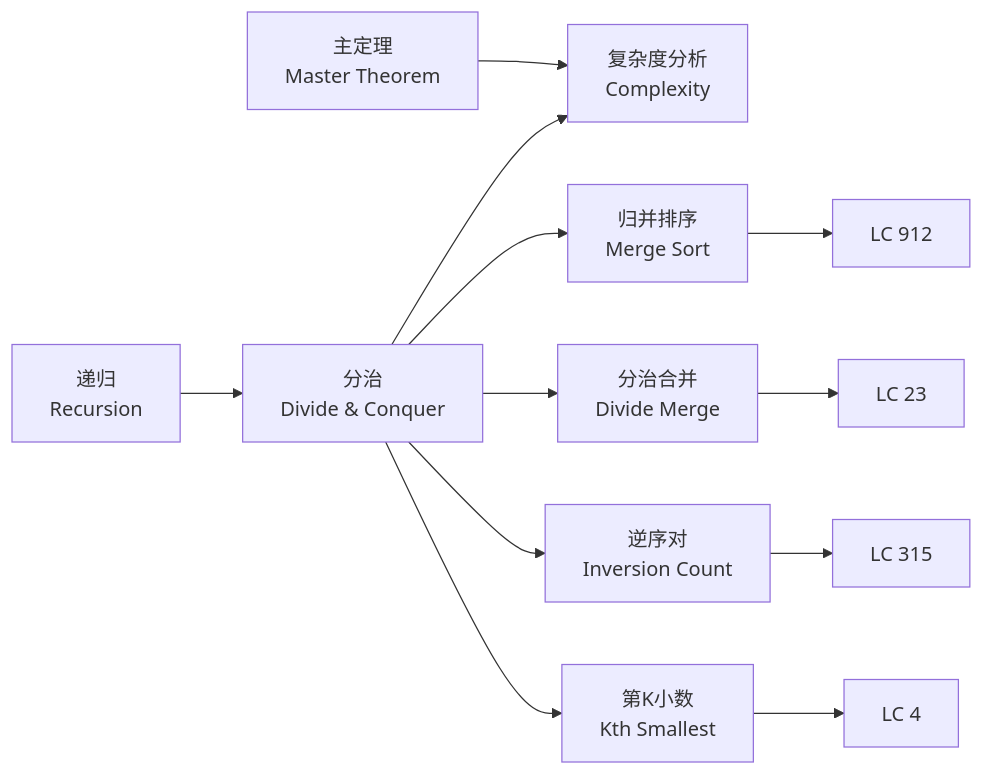
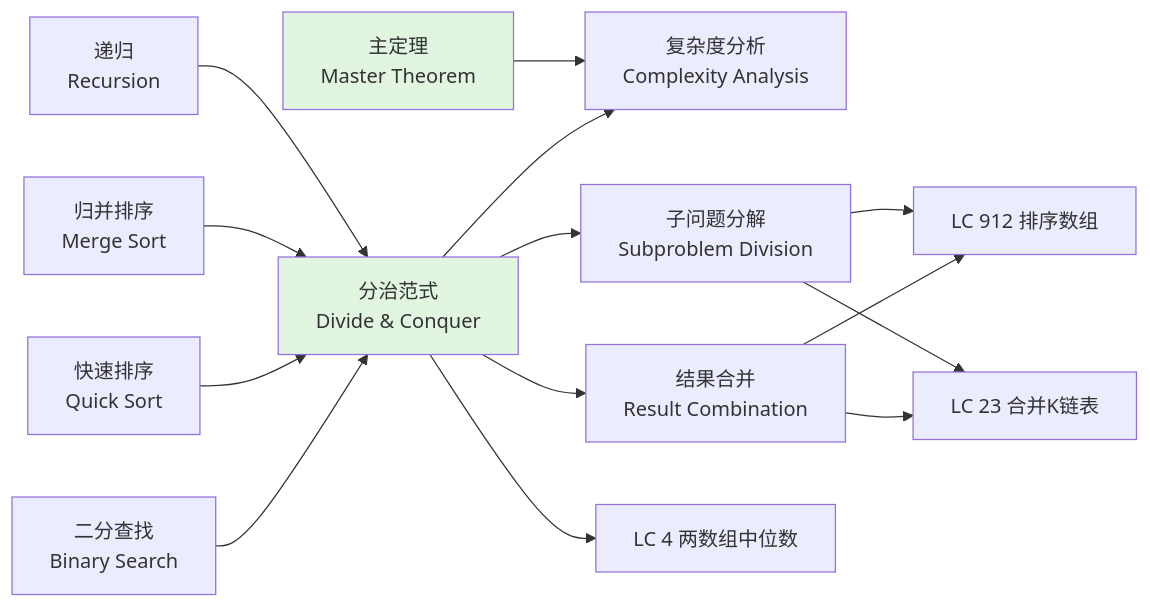
One commit to AdaMartin18010/FormalAlgorithm changed the third of 6 diagrams in docs/13-LeetCode算法面试专题/02-算法范式专题/06-分治.md. Above: the diagram before and after it, drawn with Mermaid. The commit also changed other lines of this file and 132 other files, not shown here.

````diff
--- a/docs/13-LeetCode算法面试专题/02-算法范式专题/06-分治.md
+++ b/docs/13-LeetCode算法面试专题/02-算法范式专题/06-分治.md
@@ -456,14 +557,19 @@
 ```mermaid
 flowchart LR
-    A[递归<br/>Recursion] --> B[分治<br/>Divide & Conquer]
-    C[主定理<br/>Master Theorem] --> D[复杂度分析<br/>Complexity]
+    A[递归<br/>Recursion] --> B[分治范式<br/>Divide & Conquer]
+    C[主定理<br/>Master Theorem] --> D[复杂度分析<br/>Complexity Analysis]
     B --> D
-    B --> E[归并排序<br/>Merge Sort]
-    B --> F[分治合并<br/>Divide Merge]
-    B --> G[逆序对<br/>Inversion Count]
-    B --> H[第K小数<br/>Kth Smallest]
-    E --> I[LC 912]
-    F --> J[LC 23]
-    G --> K[LC 315]
-    H --> L[LC 4]
+    E[归并排序<br/>Merge Sort] --> B
+    F[快速排序<br/>Quick Sort] --> B
+    G[二分查找<br/>Binary Search] --> B
+    B --> H[子问题分解<br/>Subproblem Division]
+    B --> I[结果合并<br/>Result Combination]
+    H --> J[LC 912 排序数组]
+    H --> K[LC 23 合并K链表]
+    I --> J
+    I --> K
+    B --> L[LC 4 两数组中位数]
+
+    style B fill:#e1f5e1
+    style C fill:#e1f5e1
 ```
````
